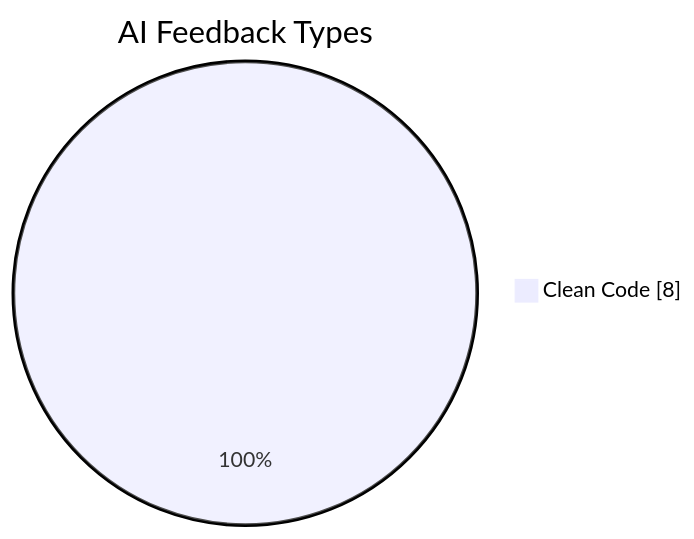
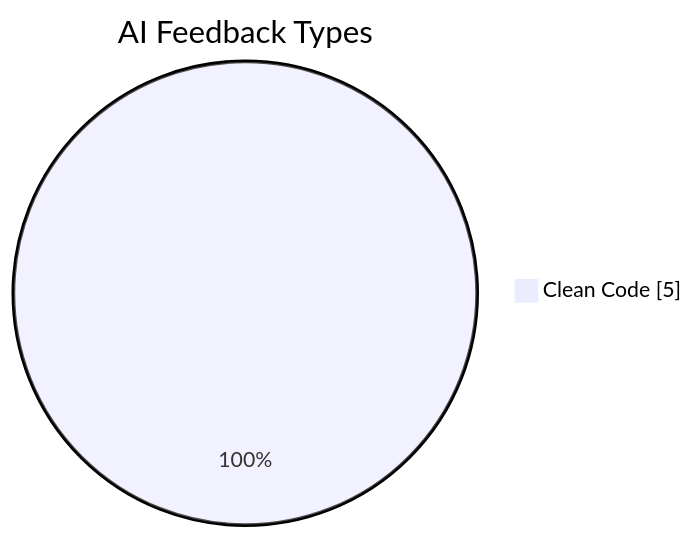
The fourth of 6 diagrams in README.md (JakubPawinski/gitcode-solutions), drawn with Mermaid before and after one commit. The commit also changed other lines of this file, not shown here.

````diff
--- a/README.md
+++ b/README.md
@@ -162,5 +162,5 @@
 ```mermaid
 pie showData
     title AI Feedback Types
-    "Clean Code" : 8
+    "Clean Code" : 5
 ```
````
